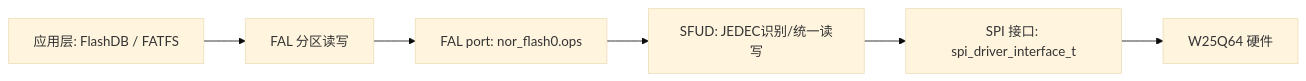
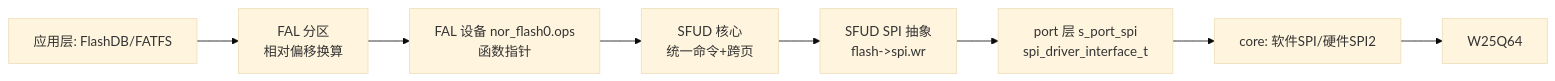
Before and after one commit to shuai-yemao/Deep-In-Embedded: the first of 5 diagrams in 开发板/ARM架构/STM32F411CEU6/外部flash中SFUD，FAL，FlashDB,FATFS以及OTA和LVGL资源的统筹方案.md, drawn with Mermaid (base theme). The commit also changed other lines of this file, not shown here.

````diff
--- a/开发板/ARM架构/STM32F411CEU6/外部flash中SFUD，FAL，FlashDB,FATFS以及OTA和LVGL资源的统筹方案.md
+++ b/开发板/ARM架构/STM32F411CEU6/外部flash中SFUD，FAL，FlashDB,FATFS以及OTA和LVGL资源的统筹方案.md
@@ -40,8 +71,10 @@
 ```mermaid
 flowchart LR
-    App[应用层: FlashDB / FATFS] --> DIO[FAL 分区读写]
-    DIO --> Port[FAL port: nor_flash0.ops]
-    Port --> SFUD[SFUD: JEDEC识别/统一读写]
-    SFUD --> SPI[SPI 接口: spi_driver_interface_t]
-    SPI --> W25Q[W25Q64 硬件]
+    App[应用层: FlashDB/FATFS] --> Part[FAL 分区<br>相对偏移换算]
+    Part --> Ops[FAL 设备 nor_flash0.ops<br>函数指针]
+    Ops --> SFUD[SFUD 核心<br>统一命令+跨页]
+    SFUD --> SFudSPI[SFUD SPI 抽象<br>flash->spi.wr]
+    SFudSPI --> PortSPI[port 层 s_port_spi<br>spi_driver_interface_t]
+    PortSPI --> Core[core: 软件SPI/硬件SPI2]
+    Core --> W25Q[W25Q64]
 ```
````
